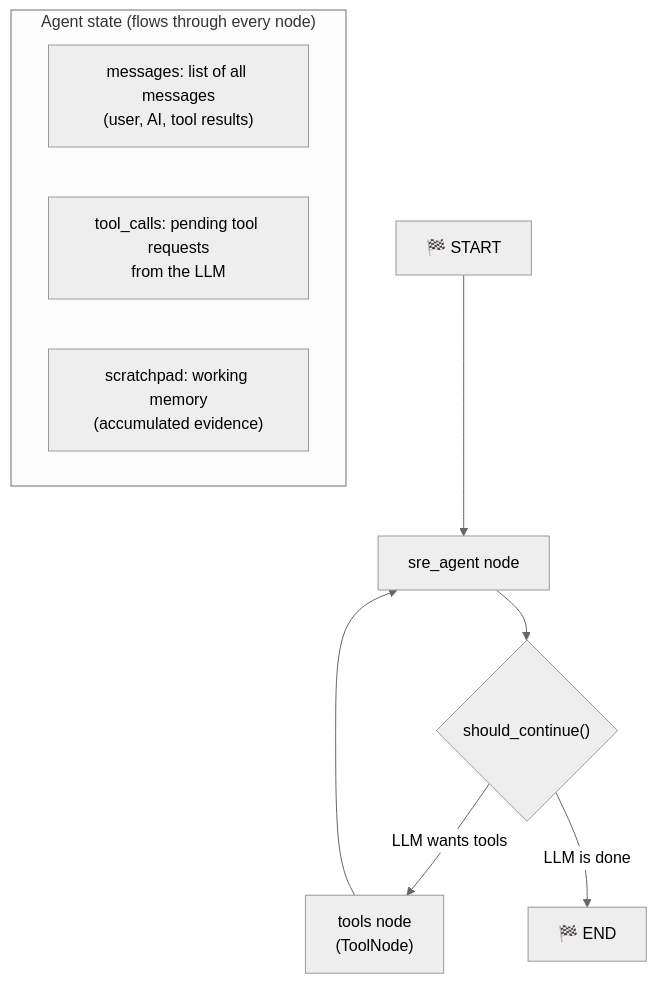
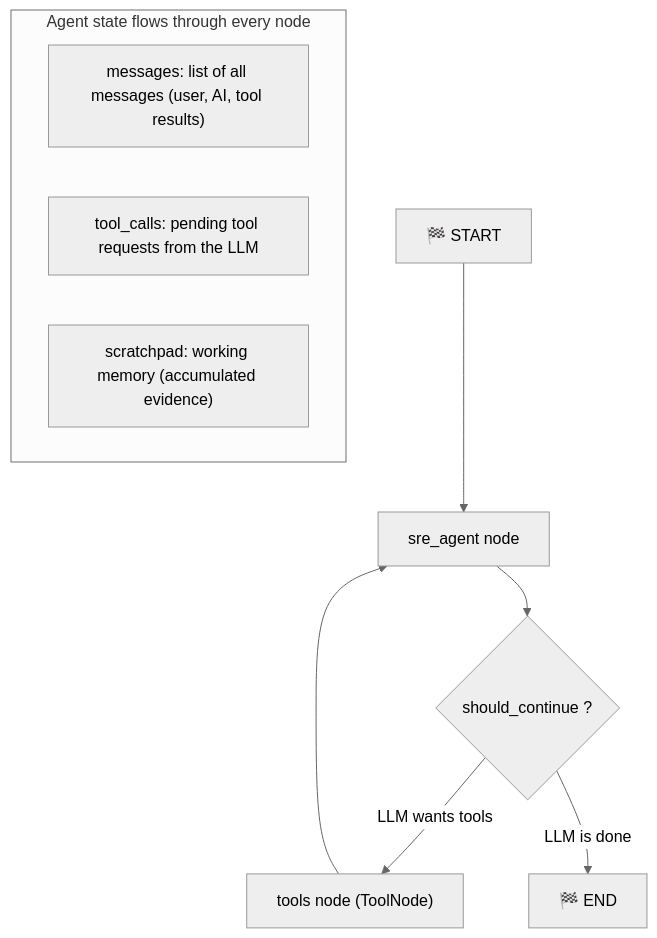
The third of 29 diagrams in docs/PHASE2_EXPLAINED.md (yessine15/sentinel), drawn with Mermaid (neutral theme) before and after one commit. The commit also changed other lines of this file, not shown here.

First line of the commit message:
docs: fix all mermaid v11.15.0 syntax errors in Phase 2 guide

````diff
--- a/docs/PHASE2_EXPLAINED.md
+++ b/docs/PHASE2_EXPLAINED.md
@@ -195,14 +184,14 @@
 ```mermaid
 flowchart TD
     START["🏁 START"] --> AGENT["sre_agent node"]
-    AGENT --> ROUTER{"should_continue()"}
-    ROUTER -->|"LLM wants tools"| TOOLS["tools node<br/>(ToolNode)"]
-    ROUTER -->|"LLM is done"| END["🏁 END"]
+    AGENT --> ROUTER{"should_continue ?"}
+    ROUTER -->|"LLM wants tools"| TOOLS["tools node (ToolNode)"]
+    ROUTER -->|"LLM is done"| ENDNODE["🏁 END"]
     TOOLS --> AGENT
 
-    subgraph "Agent state (flows through every node)"
-        S1["messages: list of all messages<br/>(user, AI, tool results)"]
-        S2["tool_calls: pending tool requests<br/>from the LLM"]
-        S3["scratchpad: working memory<br/>(accumulated evidence)"]
+    subgraph STATE["Agent state flows through every node"]
+        S1["messages: list of all messages (user, AI, tool results)"]
+        S2["tool_calls: pending tool requests from the LLM"]
+        S3["scratchpad: working memory (accumulated evidence)"]
     end
 ```
````
